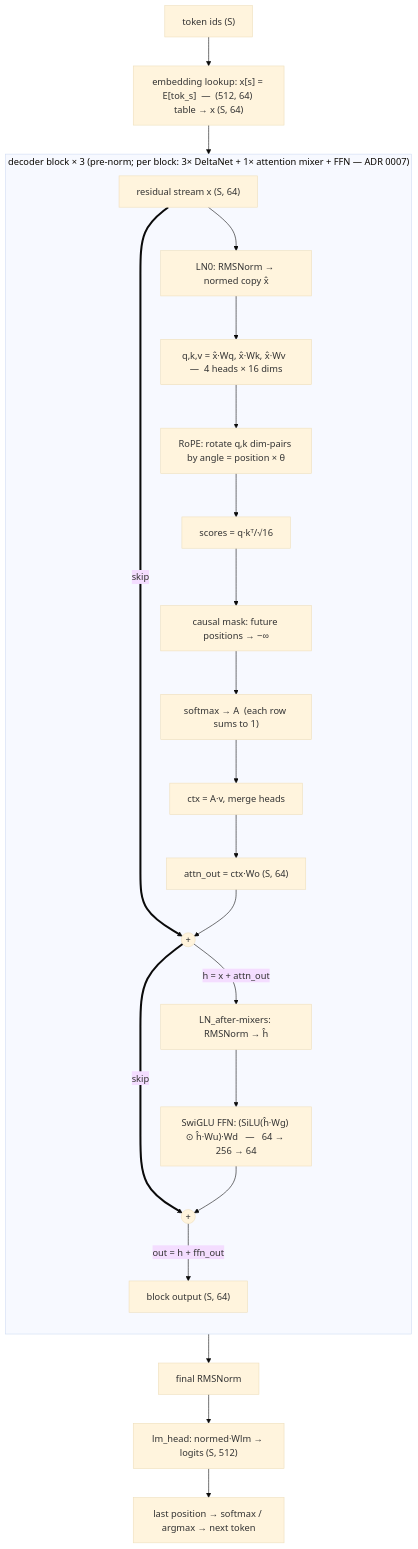
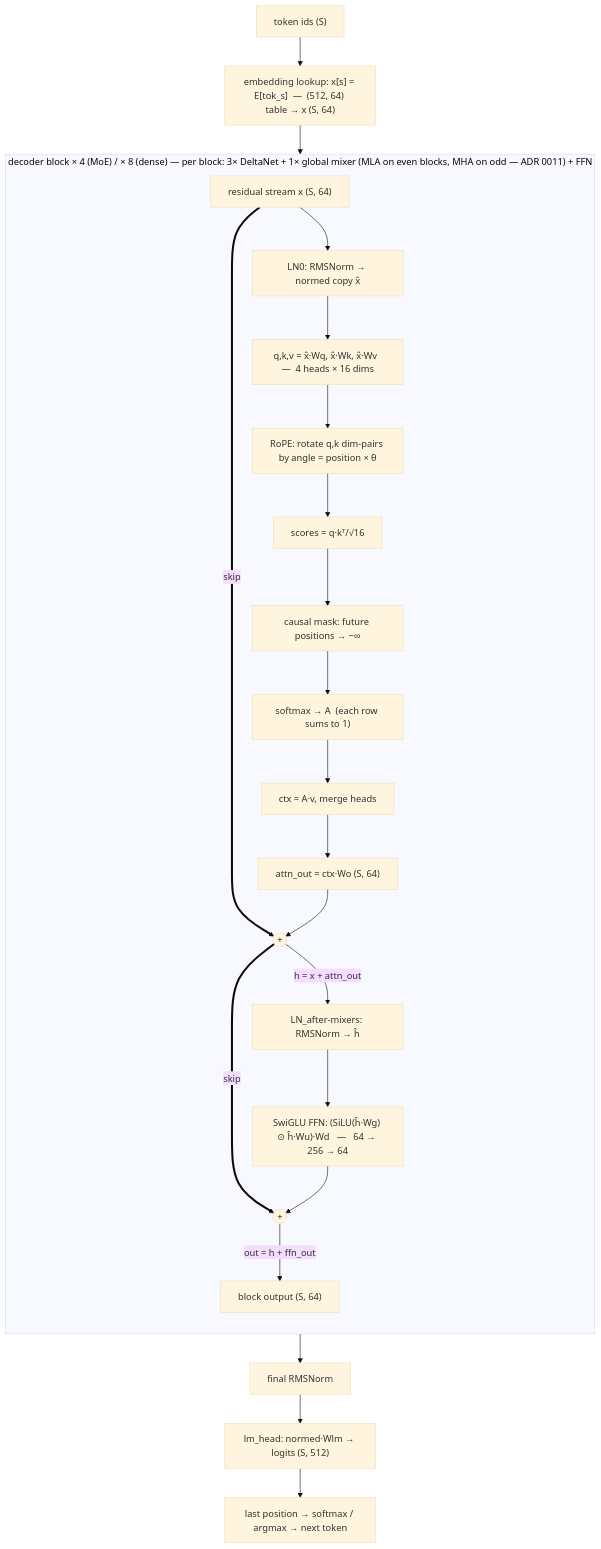
The first of 3 diagrams in README.md (loveyoupeng/ai-demo), drawn with Mermaid (base theme) before and after one commit. The commit also changed other lines of this file and 37 other files, not shown here.

First line of the commit message:
Add 2026 architecture features: SWA, MLA, agentic RL, grouped MLA/MHA (v7)

````diff
--- a/README.md
+++ b/README.md
@@ -96,26 +96,26 @@
 ```mermaid
 flowchart TD
     TOK["token ids (S)"] --> EMB["embedding lookup: x[s] = E[tok_s]  —  (512, 64) table → x (S, 64)"]
     EMB --> STACK
-    subgraph STACK["decoder block × 3  (pre-norm; per block: 3× DeltaNet + 1× attention mixer + FFN — ADR 0007)"]
+    subgraph STACK["decoder block × 4 (MoE) / × 8 (dense) — per block: 3× DeltaNet + 1× global mixer (MLA on even blocks, MHA on odd — ADR 0011) + FFN"]
         direction TB
         X["residual stream x (S, 64)"] --> N1["LN0: RMSNorm → normed copy x̂"]
         N1 --> QKV["q,k,v = x̂·Wq, x̂·Wk, x̂·Wv  —  4 heads × 16 dims"]
         QKV --> ROPE["RoPE: rotate q,k dim-pairs by angle = position × θ"]
         ROPE --> SC["scores = q·kᵀ/√16"]
         SC --> MSK["causal mask: future positions → −∞"]
         MSK --> SMX["softmax → A  (each row sums to 1)"]
         SMX --> CTX["ctx = A·v, merge heads"]
         CTX --> WO["attn_out = ctx·Wo  (S, 64)"]
         X ==>|skip| ADD1(("+"))
         WO --> ADD1
         ADD1 -- "h = x + attn_out" --> N2["LN_after-mixers: RMSNorm → ĥ"]
         N2 --> FFN["SwiGLU FFN: (SiLU(ĥ·Wg) ⊙ ĥ·Wu)·Wd   —   64 → 256 → 64"]
         ADD1 ==>|skip| ADD2(("+"))
         FFN --> ADD2
         ADD2 -- "out = h + ffn_out" --> BOUT["block output (S, 64)"]
     end
     BOUT --> FN["final RMSNorm"]
     FN --> LM["lm_head: normed·Wlm → logits (S, 512)"]
     LM --> PR["last position → softmax / argmax → next token"]
 ```
````
